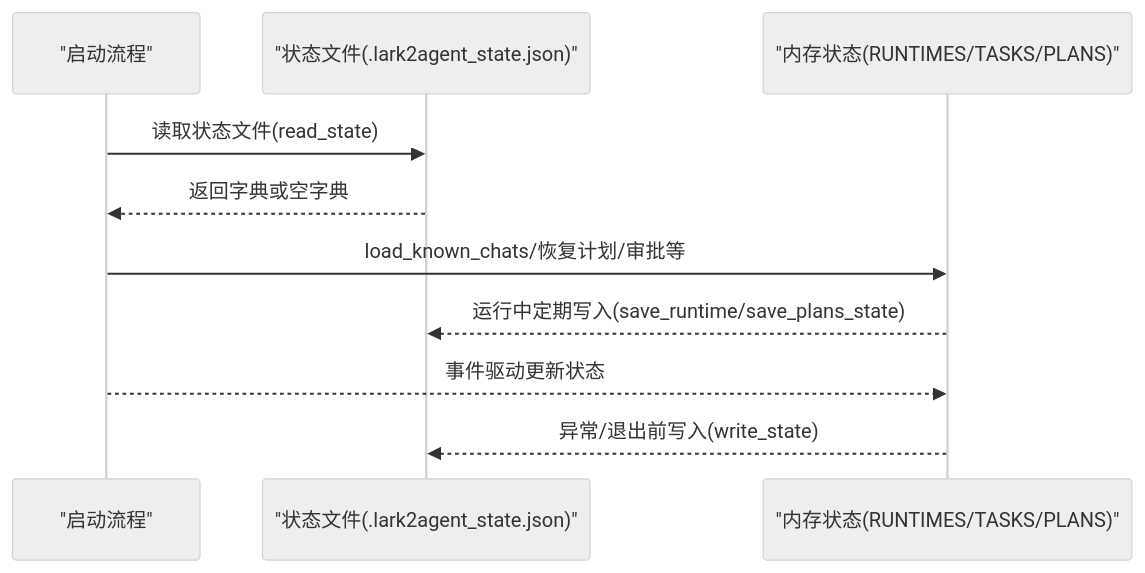
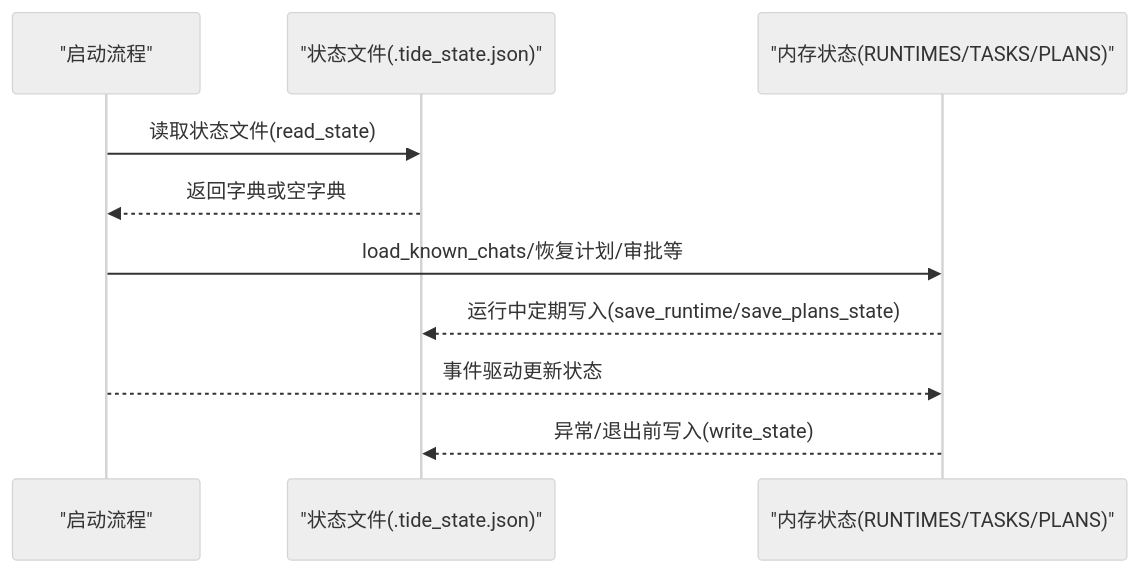
Before and after one commit to winditer/tide: the second of 5 diagrams in .qoder/repowiki/zh/content/高级特性/状态同步/状态持久化.md, drawn with Mermaid (neutral theme). The commit also changed other lines of this file and 260 other files, not shown here.

````diff
--- a/.qoder/repowiki/zh/content/高级特性/状态同步/状态持久化.md
+++ b/.qoder/repowiki/zh/content/高级特性/状态同步/状态持久化.md
@@ -84,12 +84,12 @@
 ```mermaid
 sequenceDiagram
 participant Boot as "启动流程"
-participant State as "状态文件(.lark2agent_state.json)"
+participant State as "状态文件(.tide_state.json)"
 participant Mem as "内存状态(RUNTIMES/TASKS/PLANS)"
 Boot->>State : 读取状态文件(read_state)
 State-->>Boot : 返回字典或空字典
 Boot->>Mem : load_known_chats/恢复计划/审批等
 Mem-->>State : 运行中定期写入(save_runtime/save_plans_state)
 Boot-->>Mem : 事件驱动更新状态
 Mem-->>State : 异常/退出前写入(write_state)
 ```
````
